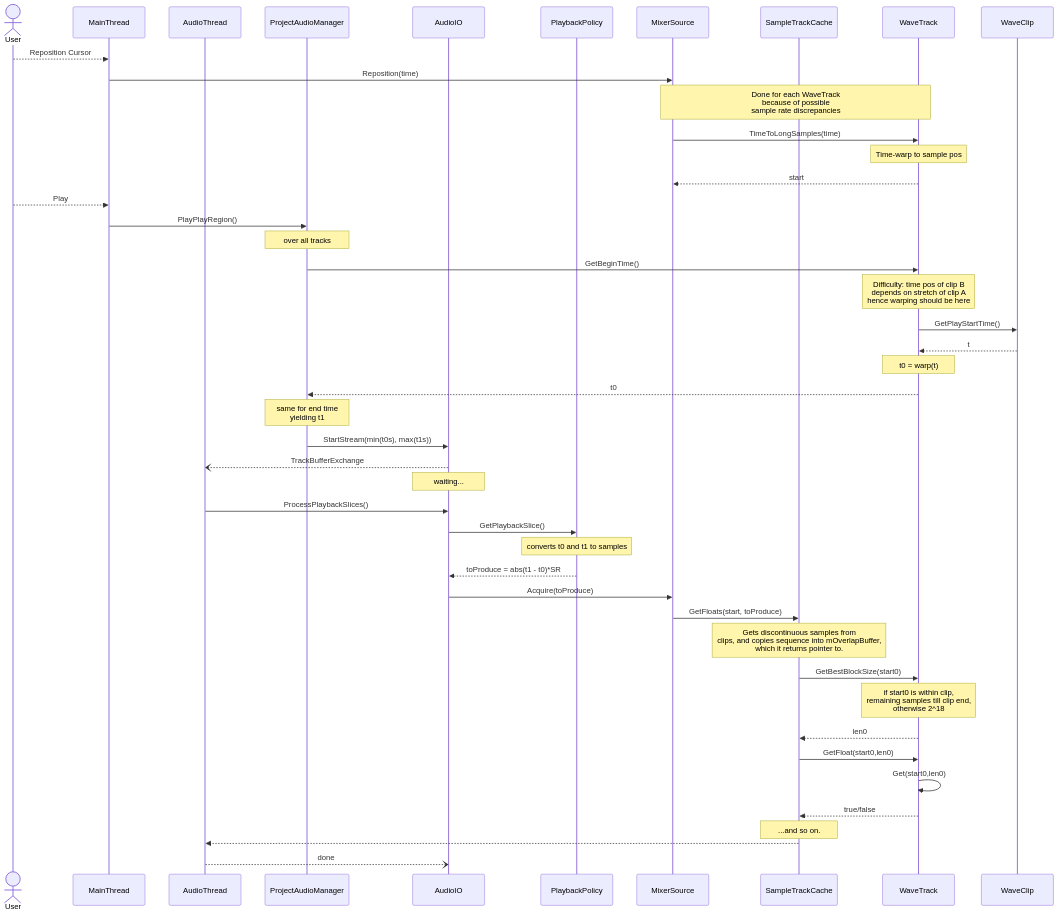
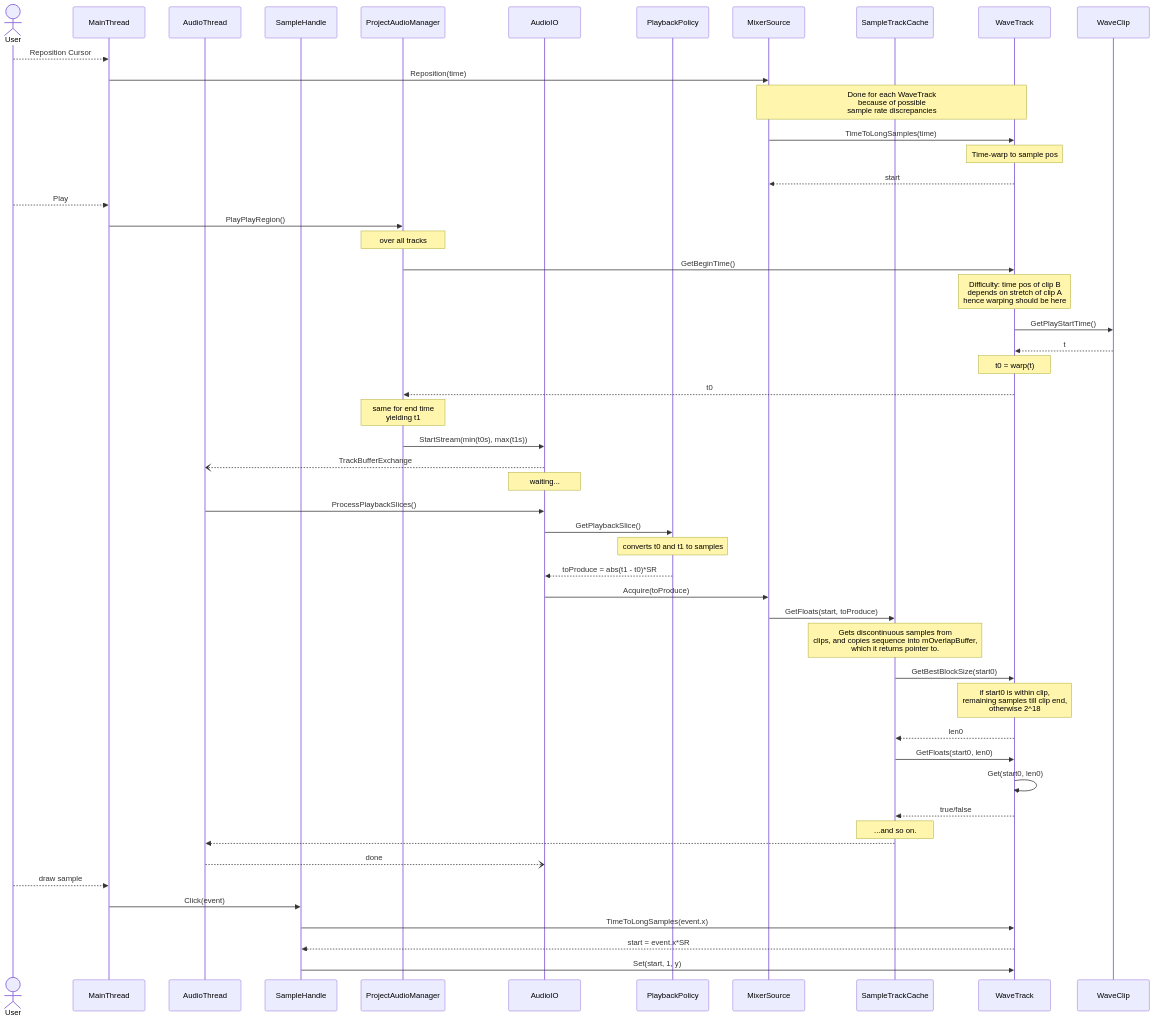
Before and after one commit to saintmatthieu/audacity: the diagram in libraries/lib-time-stretcher/readme.md, drawn with Mermaid.

Commit message:
readme update

````diff
--- a/libraries/lib-time-stretcher/readme.md
+++ b/libraries/lib-time-stretcher/readme.md
@@ -1,50 +1,57 @@
 ```mermaid
 sequenceDiagram
     actor User
     participant MainThread
     participant AudioThread
+    participant SampleHandle
     participant ProjectAudioManager
     participant AudioIO
     participant PlaybackPolicy
     participant MixerSource
     participant SampleTrackCache
     participant WaveTrack
     participant WaveClip
 
     User -->> MainThread:Reposition Cursor
     MainThread ->>MixerSource:Reposition(time)
     Note over MixerSource, WaveTrack: Done for each WaveTrack<br/>because of possible<br/>sample rate discrepancies
     MixerSource ->> WaveTrack:TimeToLongSamples(time)
     Note over WaveTrack:Time-warp to sample pos
     WaveTrack -->> MixerSource:start
 
     User -->> MainThread:Play
     MainThread->>ProjectAudioManager:PlayPlayRegion()
     Note over ProjectAudioManager:over all tracks
     ProjectAudioManager->>WaveTrack:GetBeginTime()
     Note over WaveTrack:Difficulty: time pos of clip B<br/>depends on stretch of clip A<br/>hence warping should be here
     WaveTrack->>WaveClip:GetPlayStartTime()
     WaveClip-->>WaveTrack:t
     Note over WaveTrack:t0 = warp(t)
     WaveTrack-->>ProjectAudioManager:t0
     Note over ProjectAudioManager:same for end time<br/>yielding t1
     ProjectAudioManager->>AudioIO:StartStream(min(t0s), max(t1s))
     AudioIO--)AudioThread:TrackBufferExchange
     Note over AudioIO:waiting...
     AudioThread->>AudioIO:ProcessPlaybackSlices()
     AudioIO->>PlaybackPolicy:GetPlaybackSlice()
     Note over PlaybackPolicy:converts t0 and t1 to samples
     PlaybackPolicy-->>AudioIO:toProduce = abs(t1 - t0)*SR
     AudioIO ->> MixerSource:Acquire(toProduce)
     MixerSource->>SampleTrackCache:GetFloats(start, toProduce)
     Note over SampleTrackCache:Gets discontinuous samples from<br/>clips,  and copies sequence into mOverlapBuffer,<br/>which it returns pointer to.
     SampleTrackCache ->> WaveTrack:GetBestBlockSize(start0)
     Note over WaveTrack:if start0 is within clip,<br/>remaining samples till clip end,<br/>otherwise 2^18
     WaveTrack -->> SampleTrackCache:len0
-    SampleTrackCache->>WaveTrack:GetFloat(start0,len0)
-    WaveTrack->>WaveTrack:Get(start0,len0)
+    SampleTrackCache->>WaveTrack:GetFloats(start0, len0)
+    WaveTrack->>WaveTrack:Get(start0, len0)
     WaveTrack-->>SampleTrackCache:true/false
     Note over SampleTrackCache:...and so on.
     SampleTrackCache-->>AudioThread: 
     AudioThread--)AudioIO:done
+
+    User -->> MainThread:draw sample
+    MainThread ->> SampleHandle:Click(event)
+    SampleHandle ->> WaveTrack:TimeToLongSamples(event.x)
+    WaveTrack -->> SampleHandle:start = event.x*SR
+    SampleHandle ->> WaveTrack:Set(start, 1, y)
 ```
````
